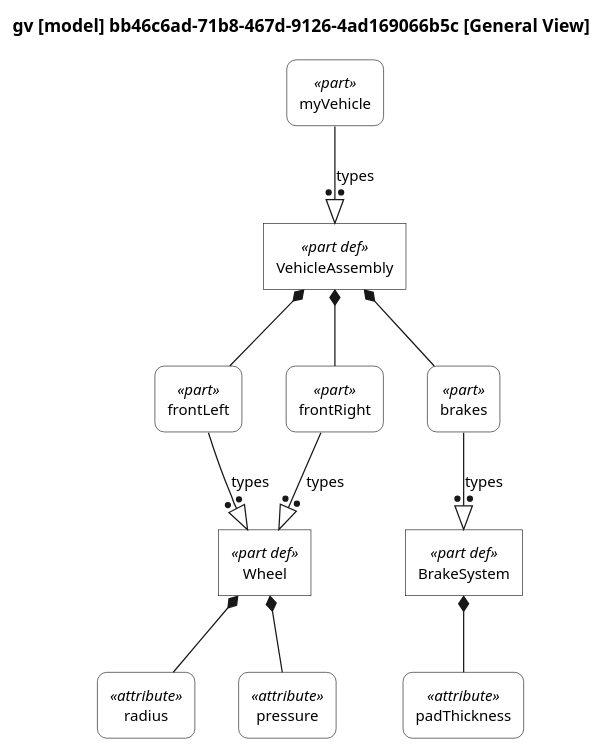
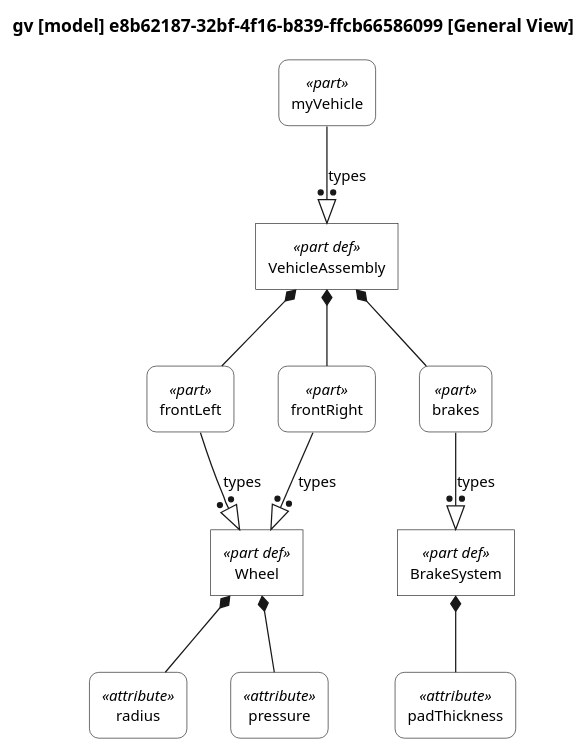
The diagram in docs/plantuml-examples/04-bw-style.puml (mycr0ft/sysml2py), drawn with PlantUML before and after one commit. The commit also changed 25 other files, not shown here.

```diff
--- a/docs/plantuml-examples/04-bw-style.puml
+++ b/docs/plantuml-examples/04-bw-style.puml
@@ -1,173 +1,173 @@
 @startuml
 
 skinparam monochrome true
 skinparam wrapWidth 300
 skinparam defaultFontSize 12
 skinparam defaultFontName Helvetica
 
 skinparam rectangle<<part def>> {
     RoundCorner 0
     BackgroundColor white
 }
 skinparam rectangle<<part>> {
     RoundCorner 15
     BackgroundColor white
 }
 skinparam rectangle<<action def>> {
     RoundCorner 0
     BackgroundColor white
 }
 skinparam rectangle<<action>> {
     RoundCorner 15
     BackgroundColor white
 }
 skinparam rectangle<<state def>> {
     RoundCorner 0
     BackgroundColor white
 }
 skinparam rectangle<<state>> {
     RoundCorner 15
     BackgroundColor white
 }
 skinparam rectangle<<port def>> {
     RoundCorner 0
     BackgroundColor white
 }
 skinparam rectangle<<port>> {
     RoundCorner 15
     BackgroundColor white
 }
 skinparam rectangle<<interface def>> {
     RoundCorner 0
     BackgroundColor white
 }
 skinparam rectangle<<interface>> {
     RoundCorner 15
     BackgroundColor white
 }
 skinparam rectangle<<item def>> {
     RoundCorner 0
     BackgroundColor white
 }
 skinparam rectangle<<item>> {
     RoundCorner 15
     BackgroundColor white
 }
 skinparam rectangle<<attribute def>> {
     RoundCorner 0
     BackgroundColor white
 }
 skinparam rectangle<<attribute>> {
     RoundCorner 15
     BackgroundColor white
 }
 skinparam rectangle<<connection def>> {
     RoundCorner 0
     BackgroundColor white
 }
 skinparam rectangle<<connection>> {
     RoundCorner 15
     BackgroundColor white
 }
 skinparam rectangle<<flow def>> {
     RoundCorner 0
     BackgroundColor white
 }
 skinparam rectangle<<flow>> {
     RoundCorner 15
     BackgroundColor white
 }
 skinparam rectangle<<requirement def>> {
     RoundCorner 0
     BackgroundColor white
 }
 skinparam rectangle<<requirement>> {
     RoundCorner 15
     BackgroundColor white
 }
 skinparam rectangle<<use case def>> {
     RoundCorner 0
     BackgroundColor white
 }
 skinparam rectangle<<use case>> {
     RoundCorner 15
     BackgroundColor white
 }
 skinparam rectangle<<constraint def>> {
     RoundCorner 0
     BackgroundColor white
 }
 skinparam rectangle<<constraint>> {
     RoundCorner 15
     BackgroundColor white
 }
 skinparam rectangle<<calculation def>> {
     RoundCorner 0
     BackgroundColor white
 }
 skinparam rectangle<<calculation>> {
     RoundCorner 15
     BackgroundColor white
 }
 skinparam rectangle<<enumeration def>> {
     RoundCorner 0
     BackgroundColor white
 }
 skinparam rectangle<<enumeration>> {
     RoundCorner 15
     BackgroundColor white
 }
 skinparam rectangle<<allocation def>> {
     RoundCorner 0
     BackgroundColor white
 }
 skinparam rectangle<<allocation>> {
     RoundCorner 15
     BackgroundColor white
 }
 skinparam rectangle<<view def>> {
     RoundCorner 0
     BackgroundColor white
 }
 skinparam rectangle<<view>> {
     RoundCorner 15
     BackgroundColor white
 }
 skinparam folder<<view def>> {
     RoundCorner 0
     BackgroundColor white
 }
 skinparam folder<<view>> {
     RoundCorner 15
     BackgroundColor white
 }
 
 top to bottom direction
 
-title gv [model] bb46c6ad-71b8-467d-9126-4ad169066b5c [General View]
+title gv [model] e8b62187-32bf-4f16-b839-ffcb66586099 [General View]
 
 hide circle
 
 rectangle "Wheel" as E1 <<part def>>
 rectangle "radius" as E2 <<attribute>>
 rectangle "pressure" as E4 <<attribute>>
 rectangle "BrakeSystem" as E6 <<part def>>
 rectangle "padThickness" as E7 <<attribute>>
 rectangle "VehicleAssembly" as E9 <<part def>>
 rectangle "frontLeft" as E10 <<part>>
 rectangle "frontRight" as E11 <<part>>
 rectangle "brakes" as E12 <<part>>
 rectangle "myVehicle" as E13 <<part>>
 
 E1 *-- E2
 E1 *-- E4
 E6 *-- E7
 E9 *-- E10
 E10 --:|> E1 : types
 E9 *-- E11
 E11 --:|> E1 : types
 E9 *-- E12
 E12 --:|> E6 : types
 E13 --:|> E9 : types
 
 @enduml
```
